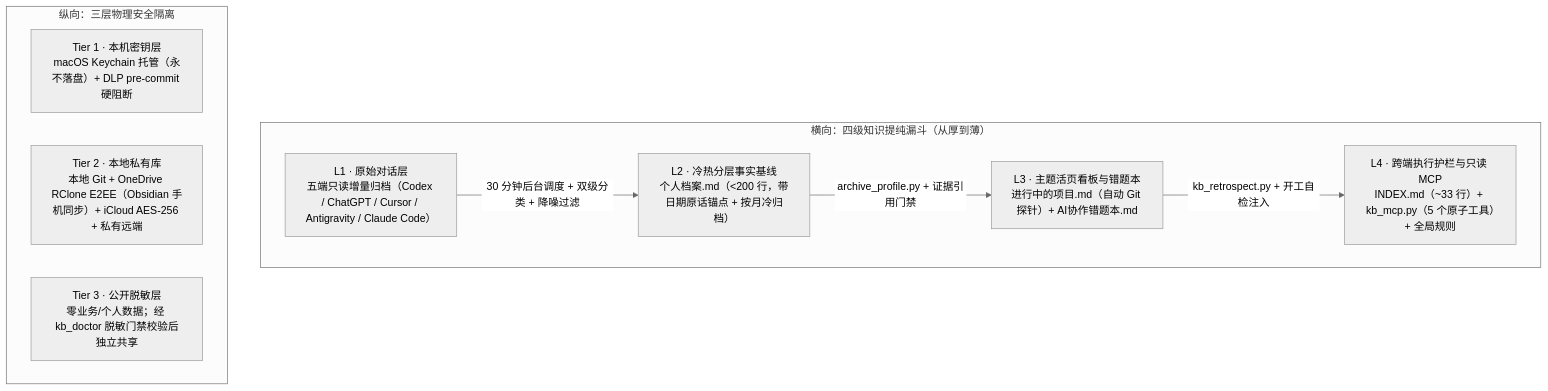
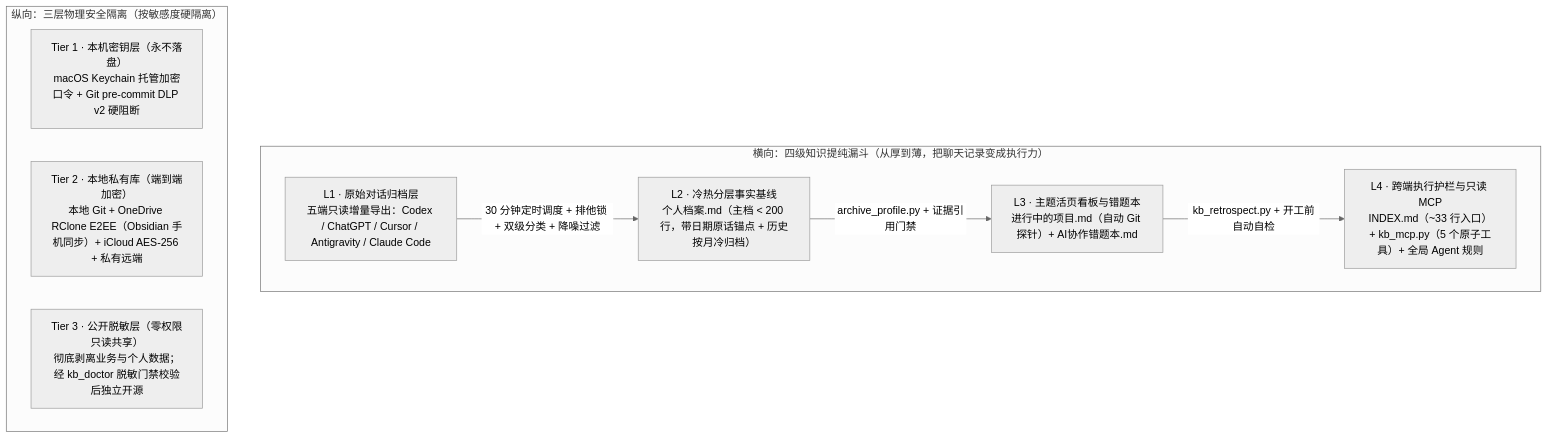
Before and after one commit to JaydenWuGang123/agent-memory-kb: the first of 2 diagrams in README.zh-CN.md, drawn with Mermaid (neutral theme). The commit also changed other lines of this file and 1 other file, not shown here.

Commit message:
docs: write comprehensive README & README.zh-CN with sequence diagram, MCP API ref, kb_config ref, and CLI cheat sheet

````diff
--- a/README.zh-CN.md
+++ b/README.zh-CN.md
@@ -57,18 +74,18 @@
 ```mermaid
 flowchart TD
-    subgraph Funnel["横向：四级知识提纯漏斗（从厚到薄）"]
-        F1["L1 · 原始对话层<br/>五端只读增量归档（Codex / ChatGPT / Cursor / Antigravity / Claude Code）"]
-        F2["L2 · 冷热分层事实基线<br/>个人档案.md（<200 行，带日期原话锚点 + 按月冷归档）"]
+    subgraph Funnel["横向：四级知识提纯漏斗（从厚到薄，把聊天记录变成执行力）"]
+        F1["L1 · 原始对话归档层<br/>五端只读增量导出：Codex / ChatGPT / Cursor / Antigravity / Claude Code"]
+        F2["L2 · 冷热分层事实基线<br/>个人档案.md（主档 &lt; 200 行，带日期原话锚点 + 历史按月冷归档）"]
         F3["L3 · 主题活页看板与错题本<br/>进行中的项目.md（自动 Git 探针）+ AI协作错题本.md"]
-        F4["L4 · 跨端执行护栏与只读 MCP<br/>INDEX.md（~33 行）+ kb_mcp.py（5 个原子工具）+ 全局规则"]
-        F1 -->|"30 分钟后台调度 + 双级分类 + 降噪过滤"| F2
+        F4["L4 · 跨端执行护栏与只读 MCP<br/>INDEX.md（~33 行入口）+ kb_mcp.py（5 个原子工具）+ 全局 Agent 规则"]
+        F1 -->|"30 分钟定时调度 + 排他锁 + 双级分类 + 降噪过滤"| F2
         F2 -->|"archive_profile.py + 证据引用门禁"| F3
-        F3 -->|"kb_retrospect.py + 开工自检注入"| F4
+        F3 -->|"kb_retrospect.py + 开工前自动自检"| F4
     end
 
-    subgraph Security["纵向：三层物理安全隔离"]
-        S1["Tier 1 · 本机密钥层<br/>macOS Keychain 托管（永不落盘）+ DLP pre-commit 硬阻断"]
-        S2["Tier 2 · 本地私有库<br/>本地 Git + OneDrive RClone E2EE（Obsidian 手机同步）+ iCloud AES-256 + 私有远端"]
-        S3["Tier 3 · 公开脱敏层<br/>零业务/个人数据；经 kb_doctor 脱敏门禁校验后独立共享"]
+    subgraph Security["纵向：三层物理安全隔离（按敏感度硬隔离）"]
+        S1["Tier 1 · 本机密钥层（永不落盘）<br/>macOS Keychain 托管加密口令 + Git pre-commit DLP v2 硬阻断"]
+        S2["Tier 2 · 本地私有库（端到端加密）<br/>本地 Git + OneDrive RClone E2EE（Obsidian 手机同步）+ iCloud AES-256 + 私有远端"]
+        S3["Tier 3 · 公开脱敏层（零权限只读共享）<br/>彻底剥离业务与个人数据；经 kb_doctor 脱敏门禁校验后独立开源"]
     end
 ```
````
